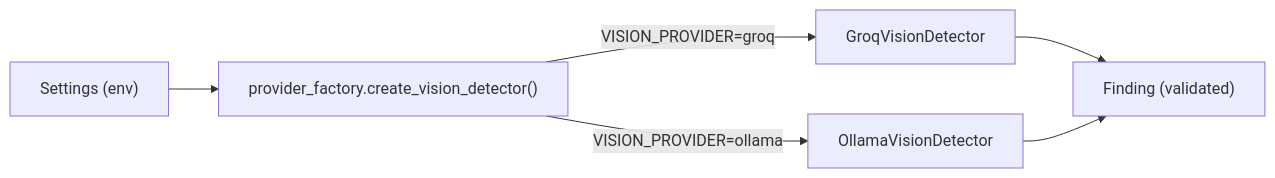
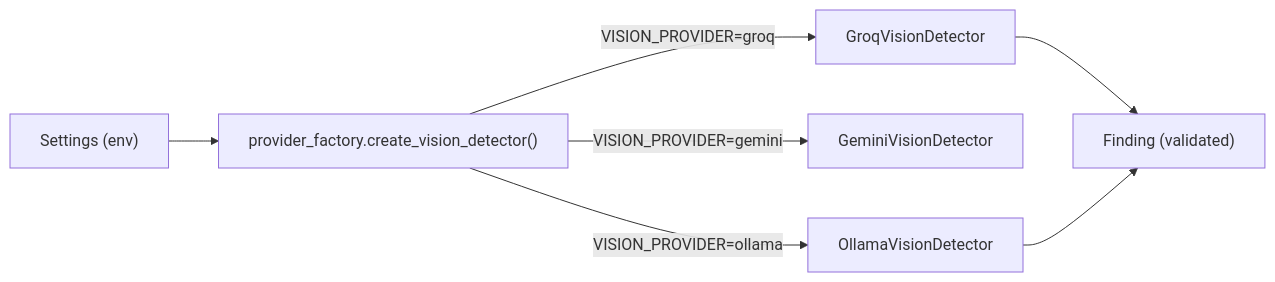
Before and after one commit to HamzaShafiq44/FieldMark: the fourth of 4 diagrams in ARCHITECTURE.md, drawn with Mermaid. The commit also changed other lines of this file and 30 other files, not shown here.

````diff
--- a/ARCHITECTURE.md
+++ b/ARCHITECTURE.md
@@ -222,8 +226,9 @@
 ```mermaid
 flowchart LR
     Settings["Settings (env)"] --> Factory["provider_factory.create_vision_detector()"]
     Factory -->|"VISION_PROVIDER=groq"| G["GroqVisionDetector"]
+    Factory -->|"VISION_PROVIDER=gemini"| Gm["GeminiVisionDetector"]
     Factory -->|"VISION_PROVIDER=ollama"| O["OllamaVisionDetector"]
     G --> Finding["Finding (validated)"]
     O --> Finding
 ```
````
